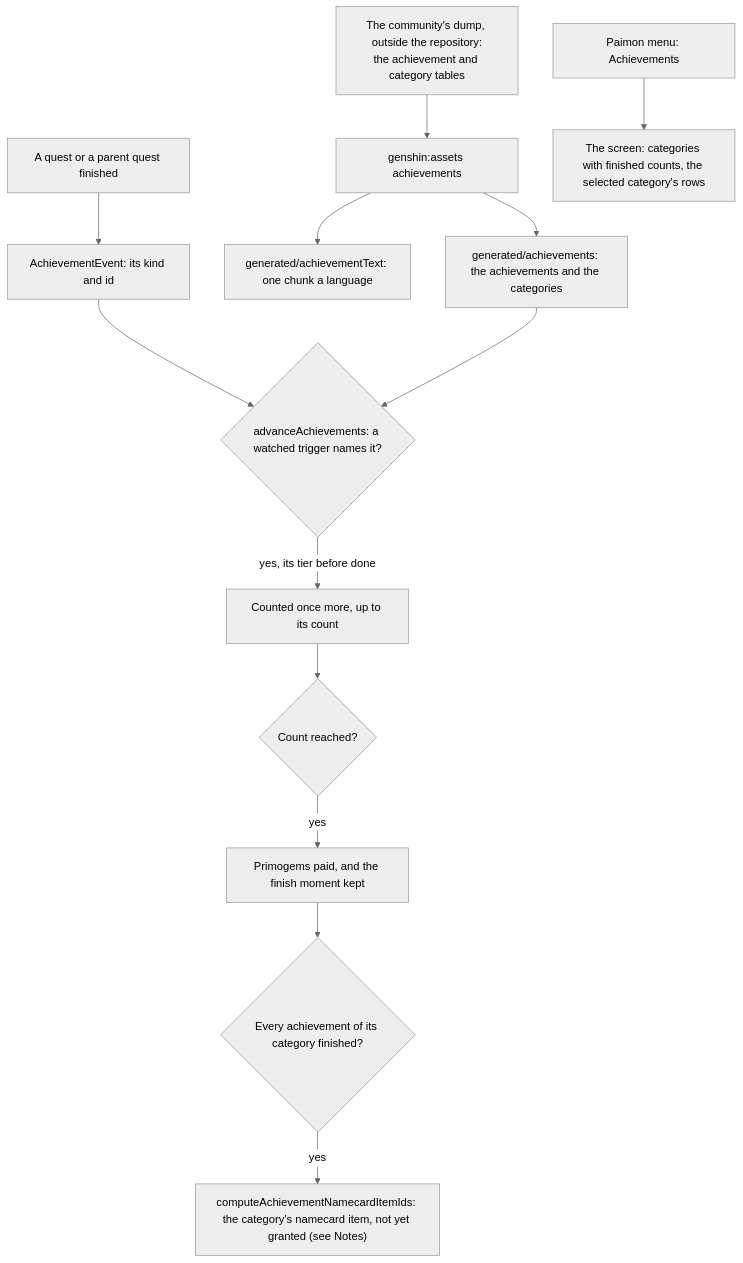
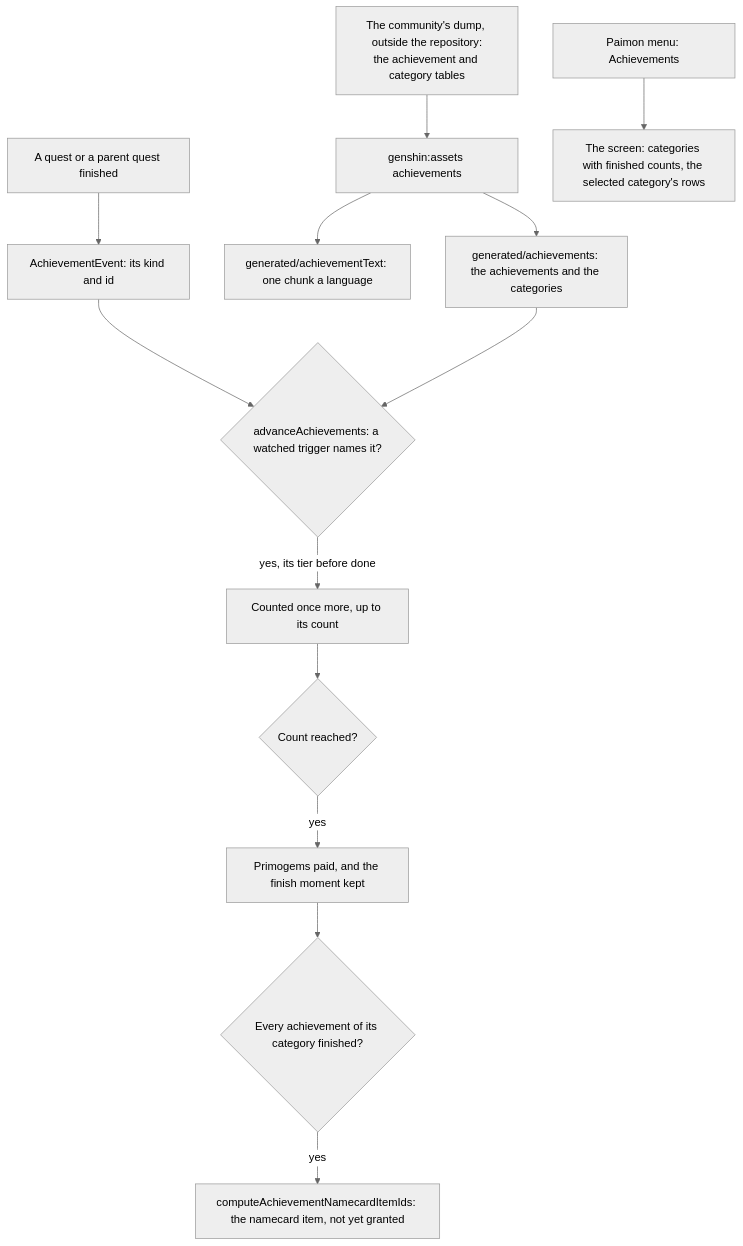
Before and after one commit to Esposter/Esposter: the diagram in apps/web/content/docs/genshin/achievements.md, drawn with Mermaid (neutral theme). The commit also changed 13 other files, not shown here.

````diff
--- a/apps/web/content/docs/genshin/achievements.md
+++ b/apps/web/content/docs/genshin/achievements.md
@@ -12,15 +12,15 @@
 ```mermaid
 flowchart TD
   DUMP["The community's dump, outside the repository:<br/>the achievement and category tables"] --> WRITE["genshin:assets achievements"]
   WRITE --> SLICES["generated/achievements: the achievements and the categories"]
   WRITE --> WORDS["generated/achievementText: one chunk a language"]
   DOING["A quest or a parent quest finished"] --> EVENT["AchievementEvent: its kind and id"]
   EVENT --> ADVANCE{"advanceAchievements: a watched trigger names it?"}
   SLICES --> ADVANCE
   ADVANCE -->|"yes, its tier before done"| COUNT["Counted once more, up to its count"]
   COUNT --> DONE{"Count reached?"}
   DONE -->|"yes"| PAY["Primogems paid, and the finish moment kept"]
   PAY --> CAT{"Every achievement of its category finished?"}
-  CAT -->|"yes"| NAMECARD["computeAchievementNamecardItemIds: the category's namecard item, not yet granted (see Notes)"]
+  CAT -->|"yes"| NAMECARD["computeAchievementNamecardItemIds: the namecard item, not yet granted"]
   SCREEN["Paimon menu: Achievements"] --> VIEW["The screen: categories with finished counts, the selected category's rows"]
 ```
````
